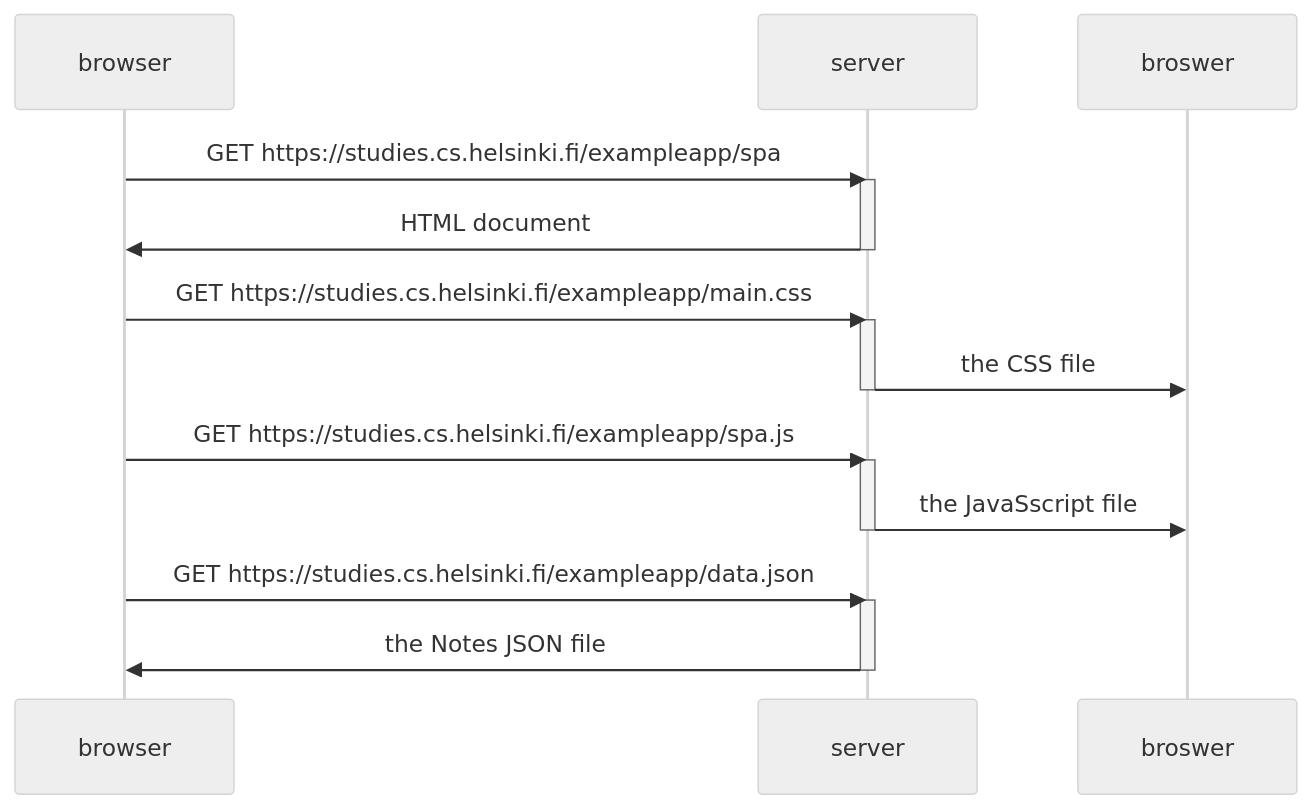
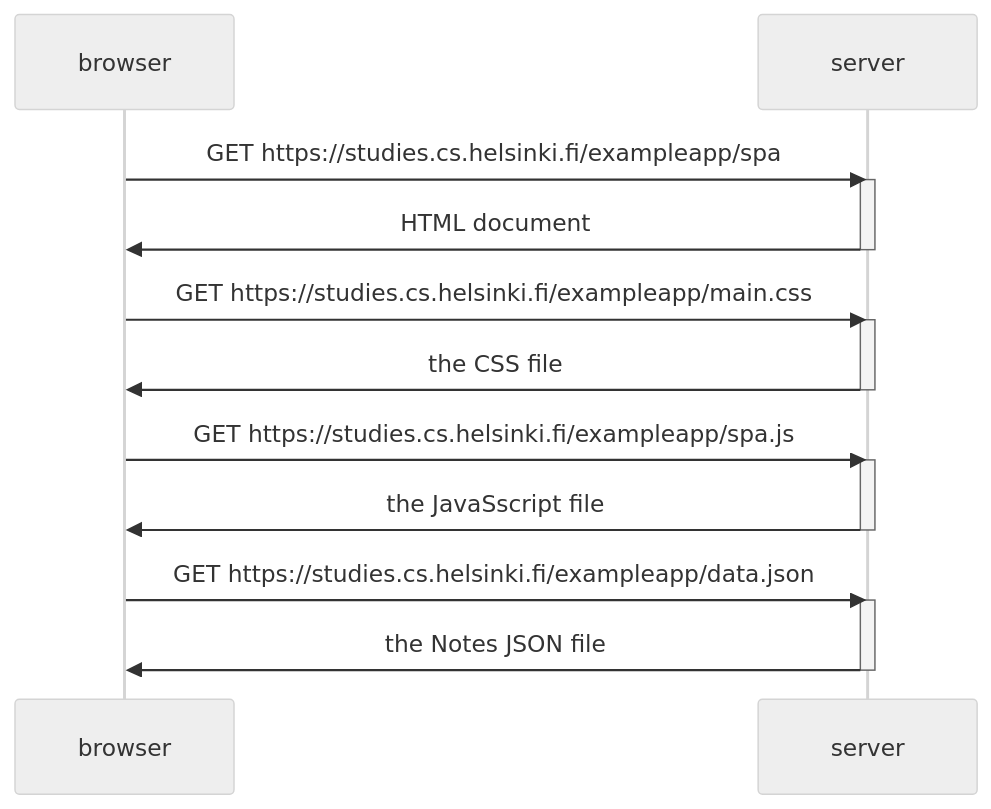
The diagram in Part 0/0.5: Single page app diagram/diagram.md (bryanparmelee/full-stack-open), drawn with Mermaid (neutral theme) before and after one commit. The commit also changed 1 other file, not shown here.

Commit message:
Fix typos, clarify notes

````diff
--- a/Part 0/0.5: Single page app diagram/diagram.md
+++ b/Part 0/0.5: Single page app diagram/diagram.md
@@ -1,25 +1,25 @@
 ```mermaid
 sequenceDiagram
     participant browser
     participant server
 
     browser->>server: GET https://studies.cs.helsinki.fi/exampleapp/spa
     activate server
     server->>browser: HTML document
     deactivate server
 
     browser->>server: GET https://studies.cs.helsinki.fi/exampleapp/main.css
     activate server
-    server->>broswer: the CSS file
+    server->>browser: the CSS file
     deactivate server
 
     browser->>server: GET https://studies.cs.helsinki.fi/exampleapp/spa.js
     activate server
-    server->>broswer: the JavaSscript file
+    server->>browser: the JavaSscript file
     deactivate server
 
     browser->>server: GET https://studies.cs.helsinki.fi/exampleapp/data.json
     activate server
     server->>browser: the Notes JSON file
     deactivate server
 ```
````
